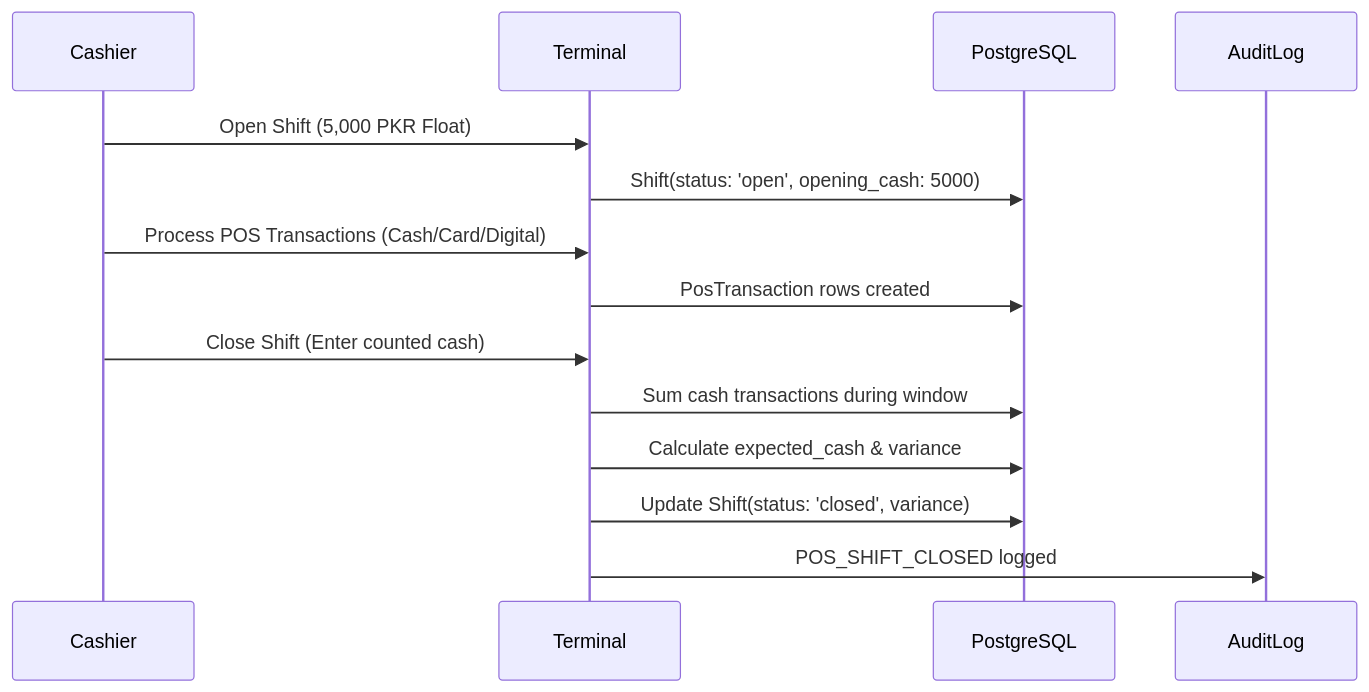
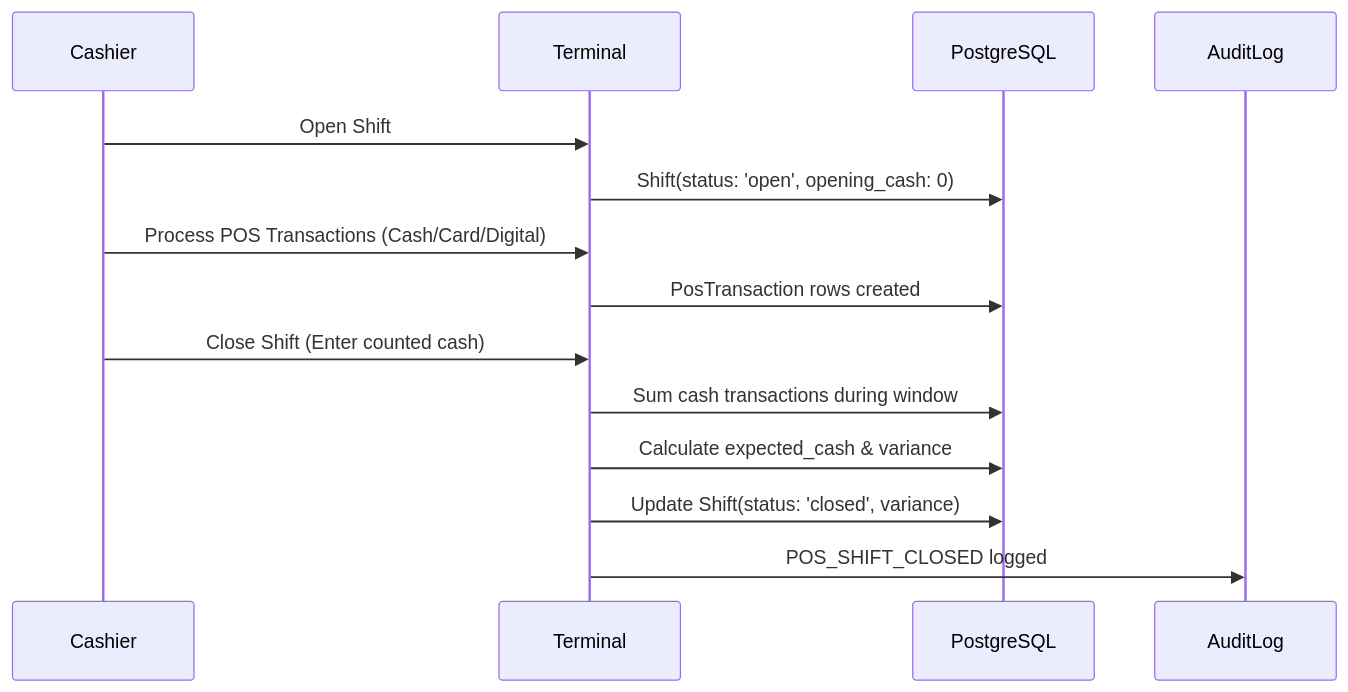
Before and after one commit to arhamsolution-me/ERP: the second of 2 diagrams in sales-management/ARCHITECTURE.md, drawn with Mermaid. The commit also changed 5 other files, not shown here.

Commit message:
fix(sales): remove starting cash float 5000 input and prompt from shift and POS register

````diff
--- a/sales-management/ARCHITECTURE.md
+++ b/sales-management/ARCHITECTURE.md
@@ -28,17 +28,17 @@
 ```mermaid
 sequenceDiagram
     participant Cashier
     participant Terminal
     participant DB as PostgreSQL
     participant Audit as AuditLog
 
-    Cashier->>Terminal: Open Shift (5,000 PKR Float)
-    Terminal->>DB: Shift(status: 'open', opening_cash: 5000)
+    Cashier->>Terminal: Open Shift
+    Terminal->>DB: Shift(status: 'open', opening_cash: 0)
     Cashier->>Terminal: Process POS Transactions (Cash/Card/Digital)
     Terminal->>DB: PosTransaction rows created
     Cashier->>Terminal: Close Shift (Enter counted cash)
     Terminal->>DB: Sum cash transactions during window
     Terminal->>DB: Calculate expected_cash & variance
     Terminal->>DB: Update Shift(status: 'closed', variance)
     Terminal->>Audit: POS_SHIFT_CLOSED logged
 ```
````
